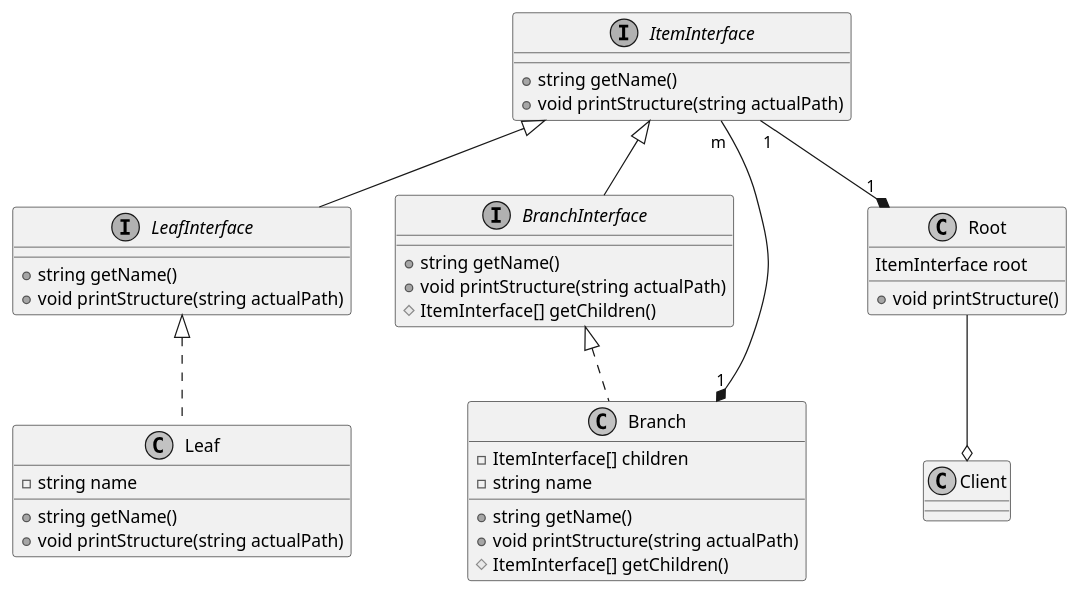
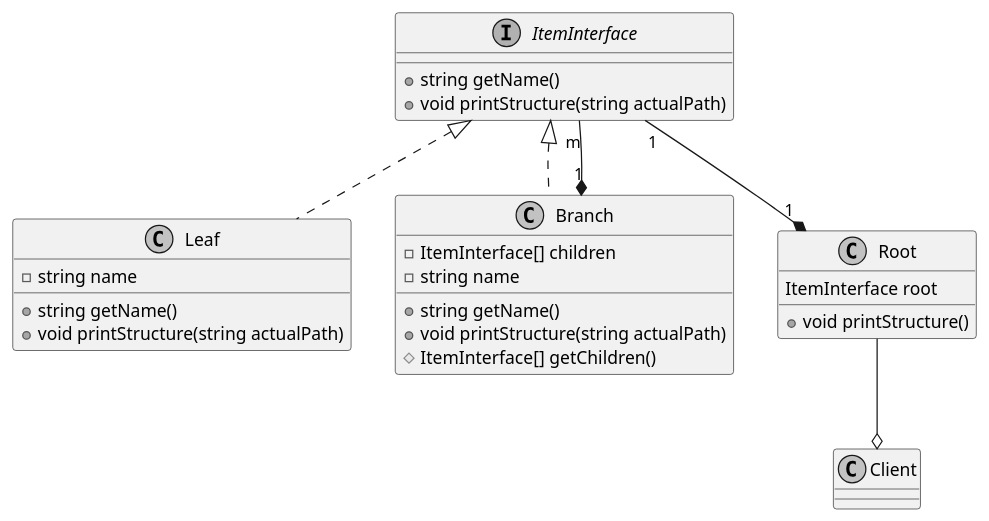
Before and after one commit to mbadal/design-patterns-workshop: the diagram in docs/uml/composite.puml, drawn with PlantUML.

Commit message:
Updated composite model

```diff
--- a/docs/uml/composite.puml
+++ b/docs/uml/composite.puml
@@ -1,53 +1,40 @@
 @startuml
 
 skinparam monochrome true
 
 interface ItemInterface {
     +string getName()
     +void printStructure(string actualPath)
-}
-
-interface LeafInterface {
-    +string getName()
-    +void printStructure(string actualPath)
-}
-
-interface BranchInterface {
-    +string getName()
-    +void printStructure(string actualPath)
-    #ItemInterface[] getChildren()
 }
 
 class Leaf {
     -string name
     +string getName()
     +void printStructure(string actualPath)
 }
 
 class Branch {
     -ItemInterface[] children
     -string name
     +string getName()
     +void printStructure(string actualPath)
     #ItemInterface[] getChildren()
 
 }
 
 class Root {
     ItemInterface root
     +void printStructure()
 }
 
 class Client {
 }
 
-ItemInterface <|-- LeafInterface
-ItemInterface <|-- BranchInterface
-LeafInterface <|.. Leaf
-BranchInterface <|.. Branch
+ItemInterface <|.. Leaf
+ItemInterface <|.. Branch
 ItemInterface "m" --* "1" Branch
 ItemInterface "1" --* "1" Root
 Root --o Client
 
 
 @enduml
```
